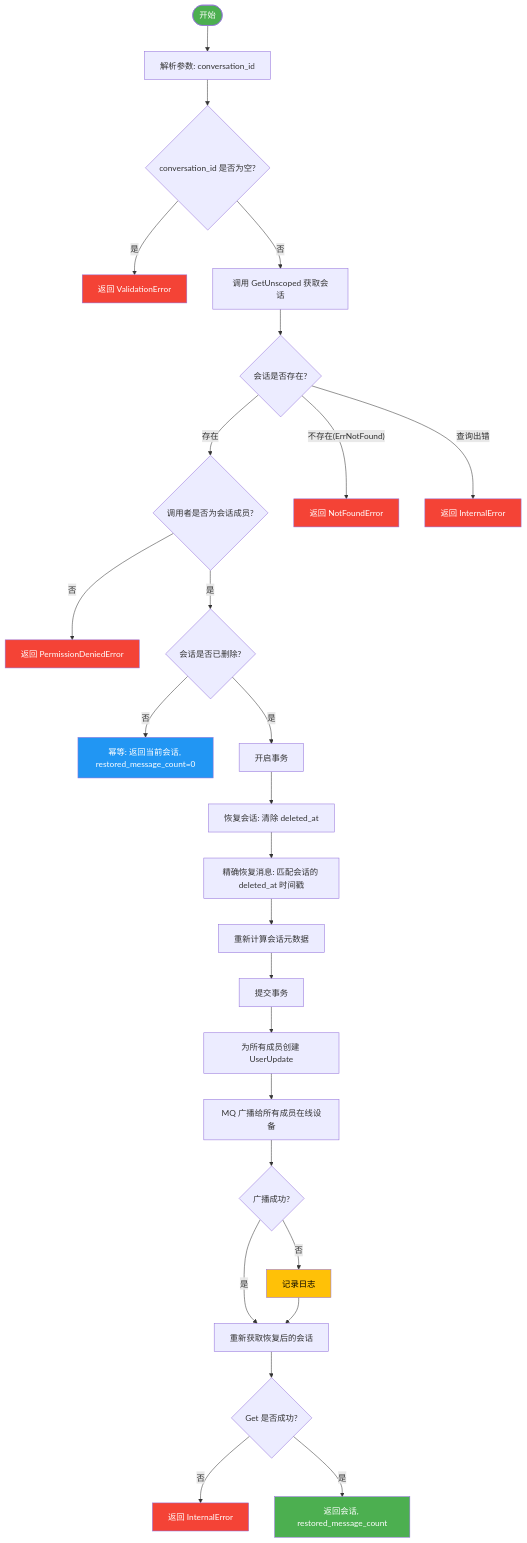
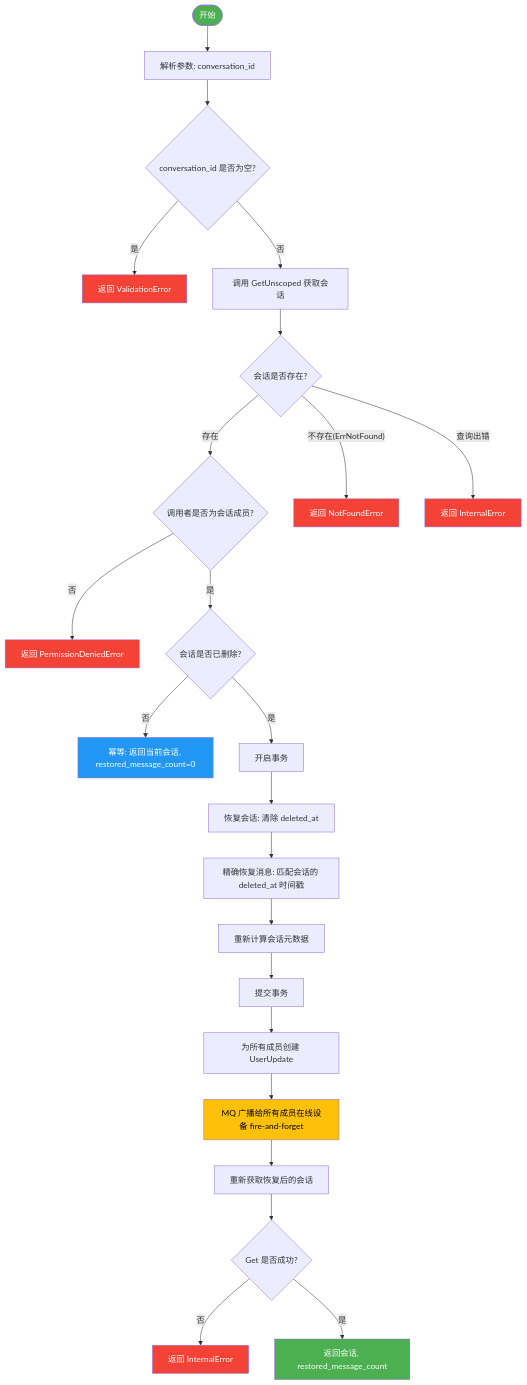
One commit to PineappleBond/xyncra-server changed the fifth of 5 diagrams in wiki/flows/conversation.md. Above: the diagram before and after it, drawn with Mermaid. The commit also changed other lines of this file and 21 other files, not shown here.

Commit message:
docs(wiki): add edge cases and fix inaccuracies across all flow documents

````diff
--- a/wiki/flows/conversation.md
+++ b/wiki/flows/conversation.md
@@ -382,38 +380,35 @@
 ```mermaid
 flowchart TD
     A([开始]) --> B[解析参数: conversation_id]
     B --> C{conversation_id 是否为空?}
     C -- 是 --> C1[返回 ValidationError]
     C -- 否 --> D[调用 GetUnscoped 获取会话]
     D --> E{会话是否存在?}
     E -- 存在 --> F{调用者是否为会话成员?}
     E -- 不存在(ErrNotFound) --> E1[返回 NotFoundError]
     E -- 查询出错 --> E2[返回 InternalError]
     F -- 否 --> F1[返回 PermissionDeniedError]
     F -- 是 --> G{会话是否已删除?}
     G -- 否 --> G1[幂等: 返回当前会话, restored_message_count=0]
     G -- 是 --> H[开启事务]
     H --> I[恢复会话: 清除 deleted_at]
     I --> J[精确恢复消息: 匹配会话的 deleted_at 时间戳]
     J --> K[重新计算会话元数据]
     K --> L[提交事务]
     L --> M[为所有成员创建 UserUpdate]
-    M --> N[MQ 广播给所有成员在线设备]
-    N --> O{广播成功?}
-    O -- 否 --> O1[记录日志]
-    O -- 是 --> P[重新获取恢复后的会话]
-    O1 --> P
+    M --> N[MQ 广播给所有成员在线设备 fire-and-forget]
+    N --> P[重新获取恢复后的会话]
     P --> P2{Get 是否成功?}
     P2 -- 否 --> P3[返回 InternalError]
     P2 -- 是 --> Q[返回会话, restored_message_count]
 
     style A fill:#4CAF50,color:#fff
     style C1 fill:#f44336,color:#fff
     style E1 fill:#f44336,color:#fff
     style E2 fill:#f44336,color:#fff
     style F1 fill:#f44336,color:#fff
     style G1 fill:#2196F3,color:#fff
-    style O1 fill:#FFC107,color:#000
+    style N fill:#FFC107,color:#000
     style P3 fill:#f44336,color:#fff
     style Q fill:#4CAF50,color:#fff
 ```
````
